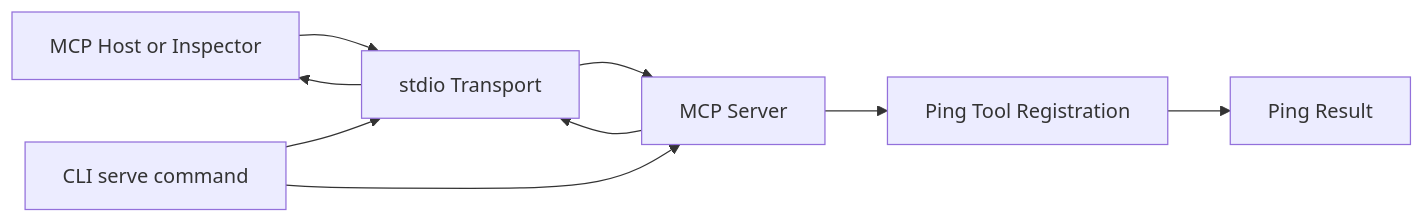
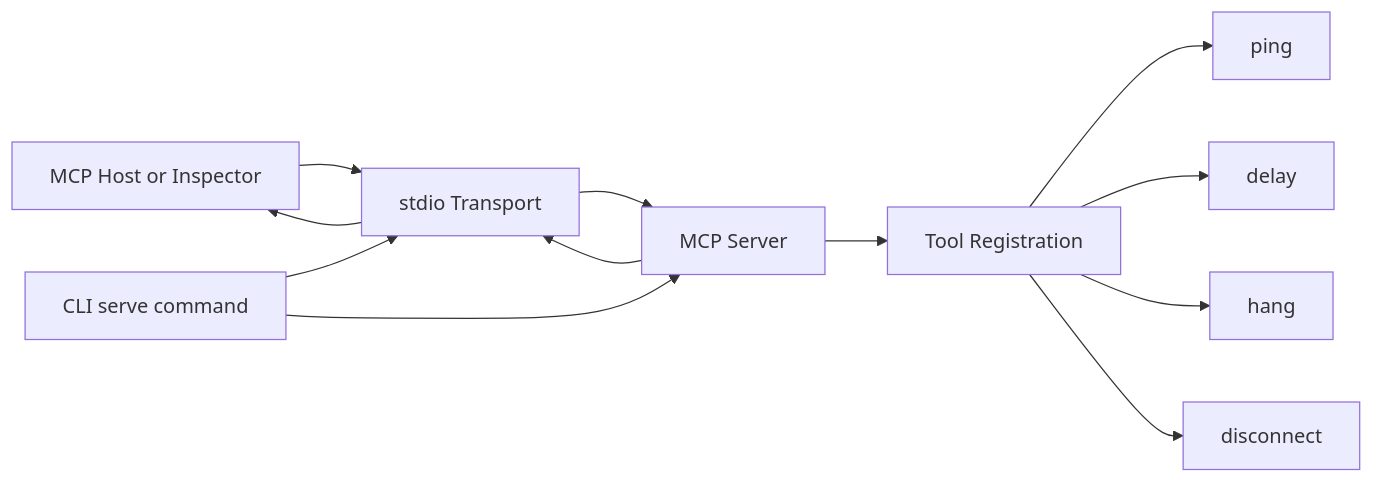
Before and after one commit to anilloutombam/mcp-failure-lab: the first of 2 diagrams in README.md, drawn with Mermaid. The commit also changed other lines of this file, not shown here.

````diff
--- a/README.md
+++ b/README.md
@@ -37,11 +37,14 @@
 ```mermaid
 graph LR
     Host[MCP Host or Inspector] --> Transport[stdio Transport]
     Transport --> Host
     Transport --> Server[MCP Server]
     Server --> Transport
-    Server --> Registration[Ping Tool Registration]
-    Registration --> Result[Ping Result]
+    Server --> Registration[Tool Registration]
+    Registration --> Ping[ping]
+    Registration --> Delay[delay]
+    Registration --> Hang[hang]
+    Registration --> Disconnect[disconnect]
     CLI[CLI serve command] --> Transport
     CLI --> Server
 ```
````
